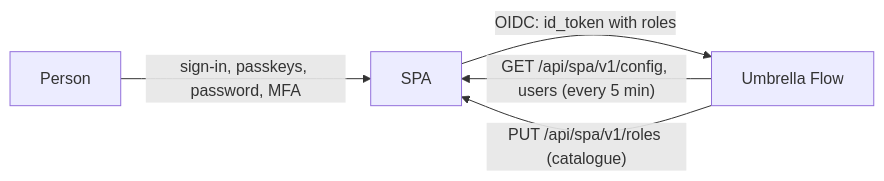
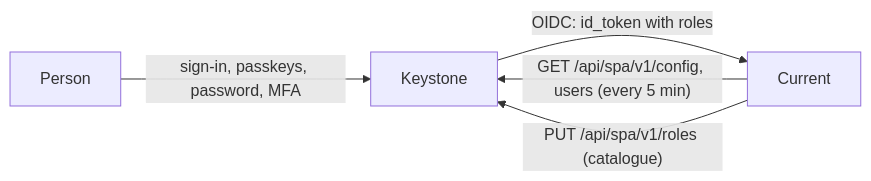
One commit to sbrw-evc/Current changed the diagram in docs/identity-federation.md. Above: the diagram before and after it, drawn with Mermaid. The commit also changed other lines of this file and 379 other files, not shown here.

````diff
--- a/docs/identity-federation.md
+++ b/docs/identity-federation.md
@@ -17,7 +17,7 @@
 ```mermaid
 flowchart LR
-  P[Person] -- "sign-in, passkeys, password, MFA" --> SPA
-  SPA -- "OIDC: id_token with roles" --> F[Umbrella Flow]
-  F -- "GET /api/spa/v1/config, users (every 5 min)" --> SPA
-  F -- "PUT /api/spa/v1/roles (catalogue)" --> SPA
+  P[Person] -- "sign-in, passkeys, password, MFA" --> Keystone
+  Keystone -- "OIDC: id_token with roles" --> F[Current]
+  F -- "GET /api/spa/v1/config, users (every 5 min)" --> Keystone
+  F -- "PUT /api/spa/v1/roles (catalogue)" --> Keystone
 ```
````
